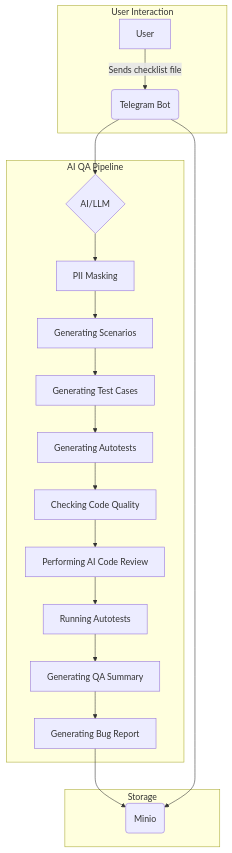
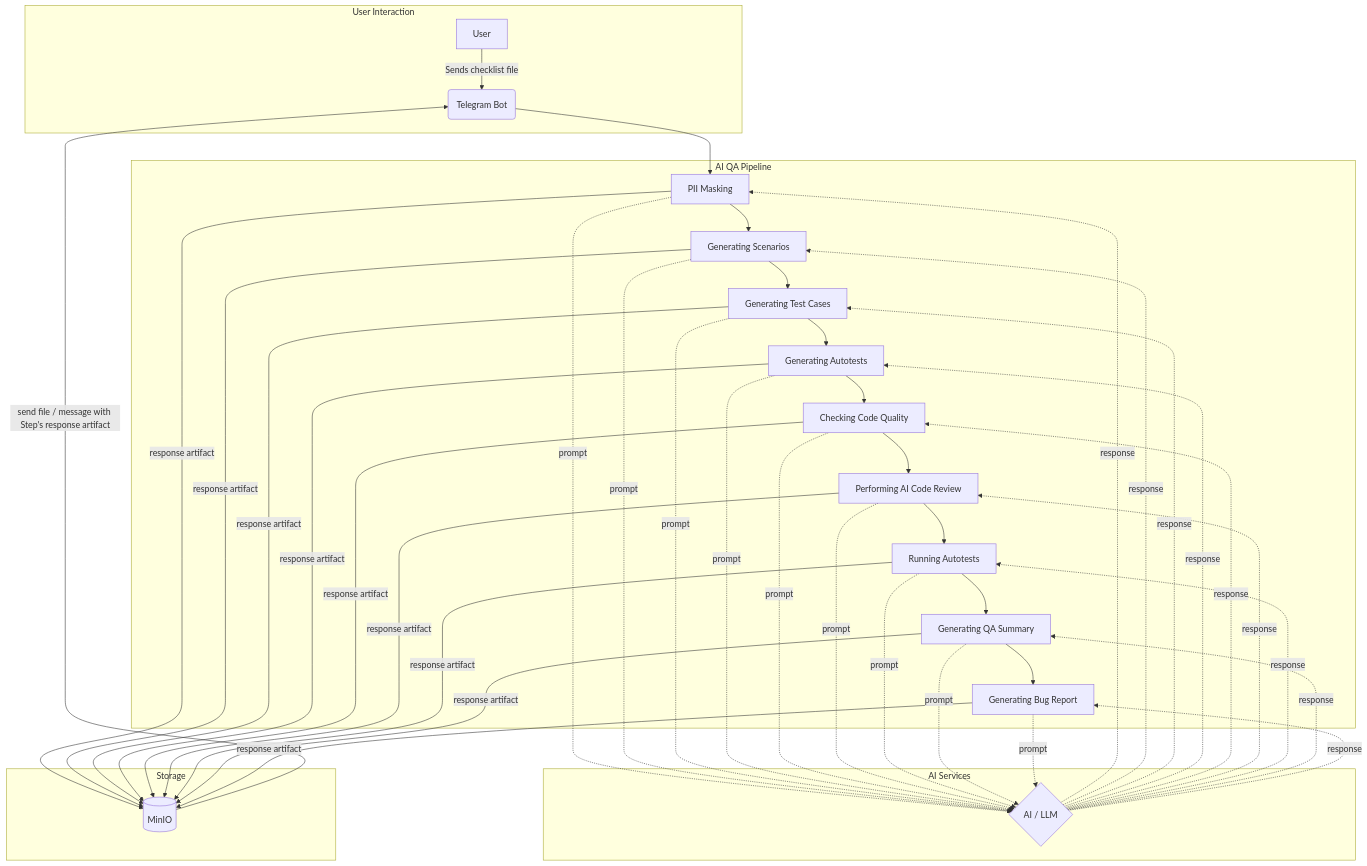
The diagram in README.md (Gellershtein/chatops_ai_qa_pipeline), drawn with Mermaid before and after one commit.

Commit message:
Update README.md with AD

````diff
--- a/README.md
+++ b/README.md
@@ -9,25 +9,66 @@
 ```mermaid
 graph TD
     subgraph User Interaction
-        A[User] -->|Sends checklist file| B(Telegram Bot);
+        A[User] -->|Sends checklist file| B(Telegram Bot)
     end
 
     subgraph AI QA Pipeline
-        B --> C{AI/LLM};
-        C --> D[PII Masking];
-        D --> E[Generating Scenarios];
-        E --> F[Generating Test Cases];
-        F --> G[Generating Autotests];
-        G --> H[Checking Code Quality];
-        H --> I[Performing AI Code Review];
-        I --> J[Running Autotests];
-        J --> K[Generating QA Summary];
-        K --> L[Generating Bug Report];
+        D[PII Masking]
+        E[Generating Scenarios]
+        F[Generating Test Cases]
+        G[Generating Autotests]
+        H[Checking Code Quality]
+        I[Performing AI Code Review]
+        J[Running Autotests]
+        K[Generating QA Summary]
+        L[Generating Bug Report]
+    end
+
+    subgraph AI Services
+        C{AI / LLM}
     end
 
     subgraph Storage
-        L --> M(Minio);
+        M[(MinIO)]
     end
 
-    B --> M;
+    %% Pipeline control flow
+    B --> D
+    D --> E --> F --> G --> H --> I --> J --> K --> L
+
+    %% Each step uses LLM
+    D -.->|prompt| C
+    E -.->|prompt| C
+    F -.->|prompt| C
+    G -.->|prompt| C
+    H -.->|prompt| C
+    I -.->|prompt| C
+    J -.->|prompt| C
+    K -.->|prompt| C
+    L -.->|prompt| C
+
+    C -.->|response| D
+    C -.->|response| E
+    C -.->|response| F
+    C -.->|response| G
+    C -.->|response| H
+    C -.->|response| I
+    C -.->|response| J
+    C -.->|response| K
+    C -.->|response| L
+
+    %% Artifact persistence per step
+    D -->|response artifact| M
+    E -->|response artifact| M
+    F -->|response artifact| M
+    G -->|response artifact| M
+    H -->|response artifact| M
+    I -->|response artifact| M
+    J -->|response artifact| M
+    K -->|response artifact| M
+    L -->|response artifact| M
+
+    %% Bot delivers artifacts to user
+    M -->|send file / message with Step's response artifact| B
+
 ```
````
